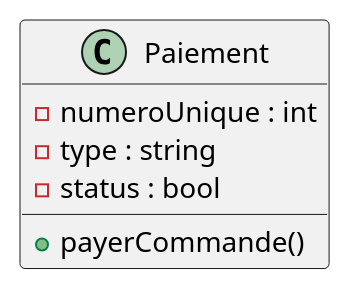
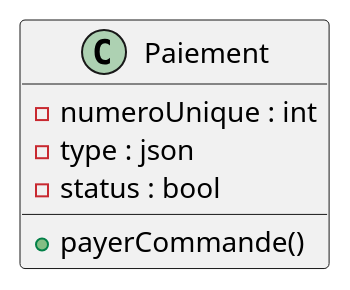
One commit to laurasullyalexandrine/expressfood changed the diagram in Class/Paiement.puml. Above: the diagram before and after it, drawn with PlantUML. The commit also changed 4 other files, not shown here.

Commit message:
update sequences diagrams

```diff
--- a/Class/Paiement.puml
+++ b/Class/Paiement.puml
@@ -1,11 +1,11 @@
 @startuml Paiement
 
 Class Paiement {
     - numeroUnique : int
-    - type : string
+    - type : json
     - status : bool
 
     + payerCommande()
 }
 
 @enduml
```
